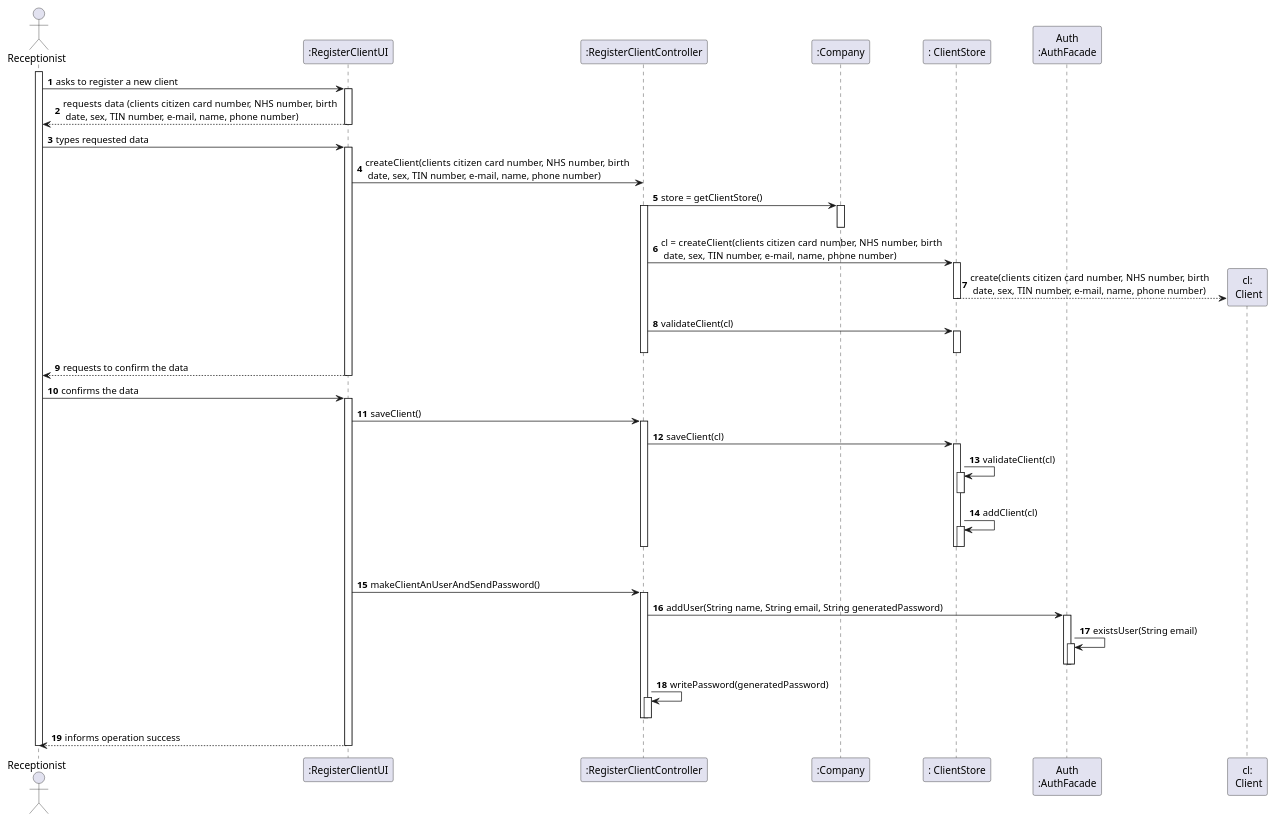
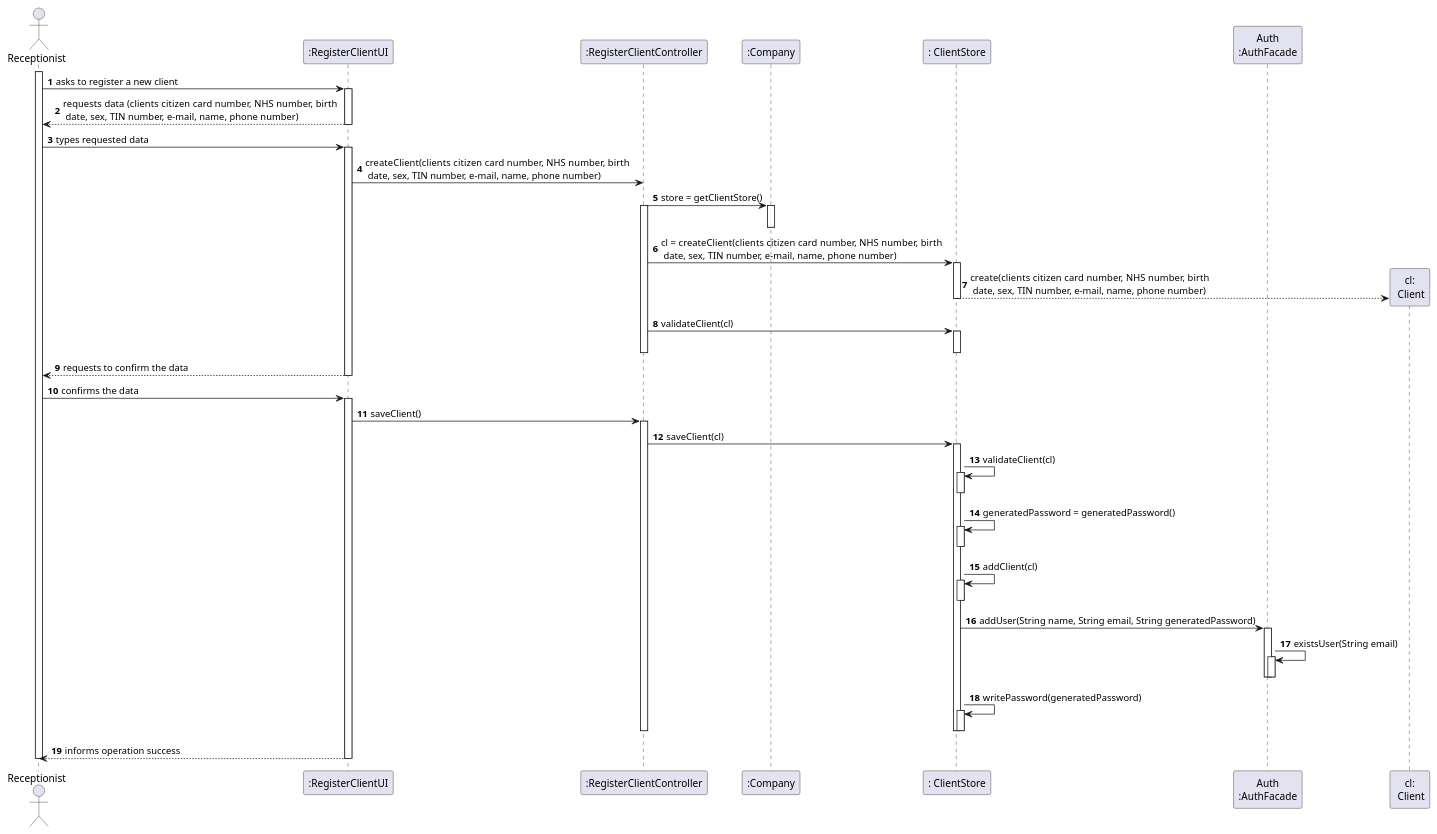
One commit to ana-albergaria/LAPR2-ISEP changed the diagram in docs/SprintD/US_3/US3_SD.puml. Above: the diagram before and after it, drawn with PlantUML. The commit also changed 6 other files, not shown here.

```diff
--- a/docs/SprintD/US_3/US3_SD.puml
+++ b/docs/SprintD/US_3/US3_SD.puml
@@ -1,98 +1,95 @@
 @startuml
 autonumber
 'hide footbox
 actor "Receptionist" as RC
 
 participant ":RegisterClientUI" as UI
 participant ":RegisterClientController" as CTRL
 participant ":Company" as CP
 participant ": ClientStore" as CS
 participant "Auth\n:AuthFacade" as SESSAO
 participant "cl:\n Client" as CL
 
 
 activate RC
 RC -> UI : asks to register a new client
 activate UI
 UI --> RC : requests data (clients citizen card number, NHS number,  birth \n date, sex, TIN number, e-mail, name, phone number)
 deactivate UI
 
 RC -> UI : types requested data
 activate UI
 
 UI -> CTRL : createClient(clients citizen card number, NHS number,  birth \n date, sex, TIN number, e-mail, name, phone number)
 
 CTRL -> CP : store = getClientStore()
 activate CP
 deactivate CP
 activate CTRL
 CTRL -> CS : cl = createClient(clients citizen card number, NHS number,  birth \n date, sex, TIN number, e-mail, name, phone number)
 activate CS
 CS -->  CL** : create(clients citizen card number, NHS number,  birth \n date, sex, TIN number, e-mail, name, phone number)
 deactivate CS
 
 CTRL -> CS : validateClient(cl)
 activate CS
 
 deactivate CS
 deactivate CTRL
 
 UI --> RC : requests to confirm the data
 deactivate CS
 deactivate UI
 
 RC -> UI : confirms the data
 activate UI
 
 UI -> CTRL : saveClient()
 activate CTRL
 
 CTRL -> CS : saveClient(cl)
 activate CS
+
 CS -> CS : validateClient(cl)
 activate CS
 deactivate CS
+
+CS -> CS : generatedPassword = generatedPassword()
+activate CS
+deactivate CS
+
+
 CS -> CS : addClient(cl)
 activate CS
 deactivate CS
-|||
-deactivate CS
-deactivate CTRL
-UI -> CTRL : makeClientAnUserAndSendPassword()
-activate CTRL
 
-CTRL -> SESSAO : addUser(String name, String email, String generatedPassword)
+
+CS -> SESSAO : addUser(String name, String email, String generatedPassword)
+
 activate SESSAO
+
 SESSAO -> SESSAO : existsUser(String email)
 activate SESSAO
 deactivate SESSAO
 deactivate SESSAO
 
-CTRL -> CTRL : writePassword(generatedPassword)
-activate CTRL
+CS -> CS : writePassword(generatedPassword)
+activate CS
+deactivate CS
 deactivate CTRL
-deactivate CTRL
-
-
-
-
-
-
-
-
 
 
 UI --> RC: informs operation success
 
 deactivate CP
 deactivate CTRL
 deactivate UI
 
 
 
 deactivate CTRL
 deactivate UI
 
 deactivate RC
 
 @enduml
```
